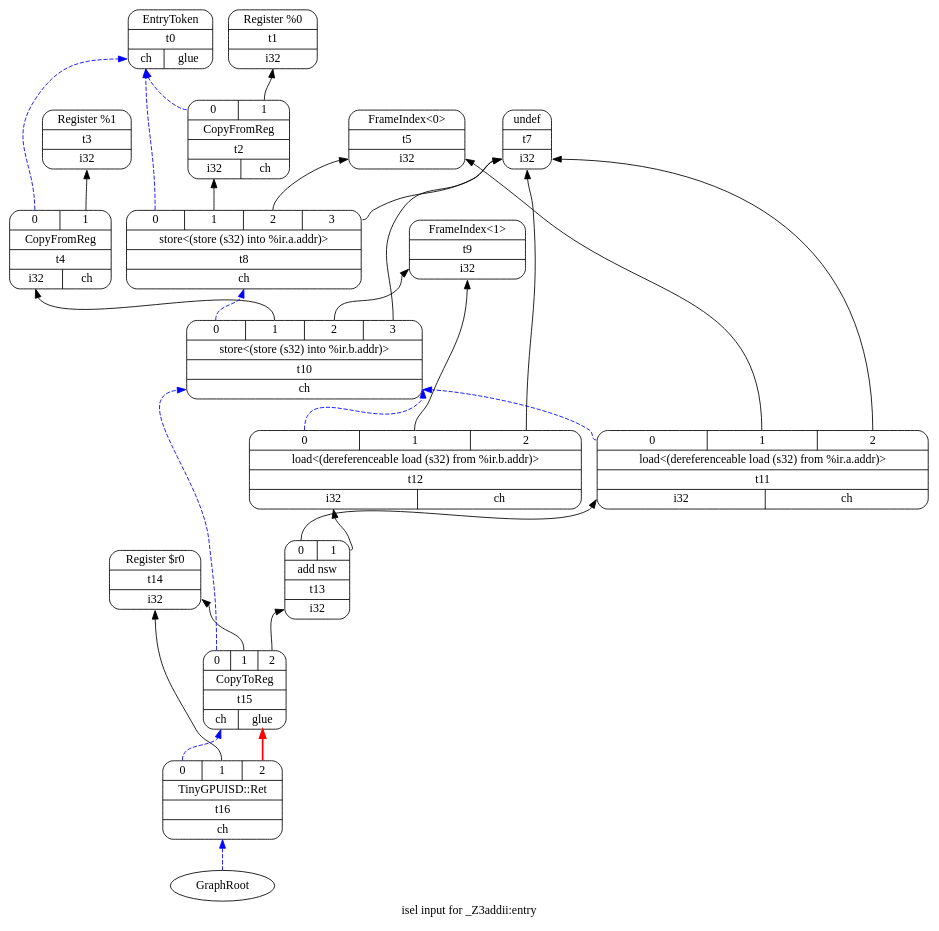
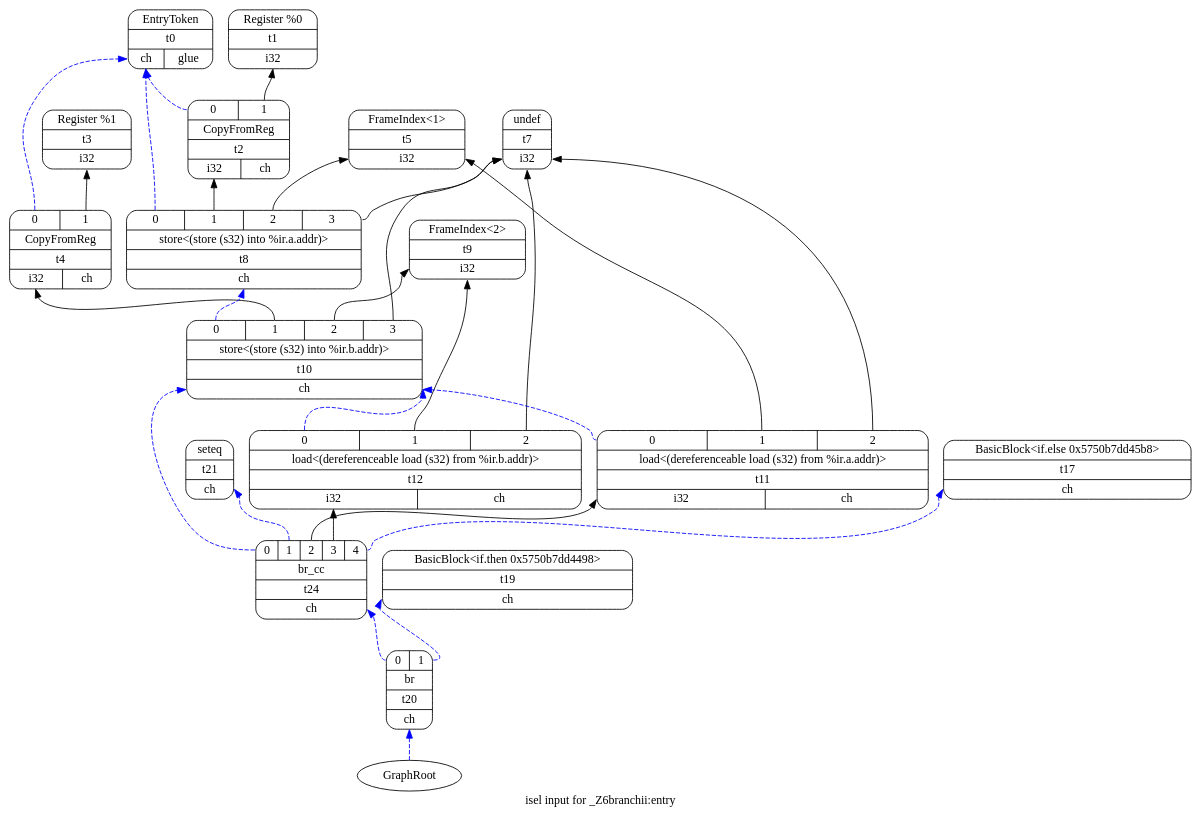
The diagram in temp.dot (ZaBarudo/tiny-gpu-lang-backend), drawn with Graphviz before and after one commit. The commit also changed 16 other files, not shown here.

```diff
--- a/temp.dot
+++ b/temp.dot
@@ -1,49 +1,49 @@
-digraph "isel input for _Z3addii:entry" {
+digraph "isel input for _Z6branchii:entry" {
 	rankdir="BT";
-	label="isel input for _Z3addii:entry";
+	label="isel input for _Z6branchii:entry";
 
-	Node0x5ecb7c2dd620 [shape=record,shape=Mrecord,label="{EntryToken|t0|{<d0>ch|<d1>glue}}"];
-	Node0x5ecb7c312470 [shape=record,shape=Mrecord,label="{Register %0|t1|{<d0>i32}}"];
-	Node0x5ecb7c312550 [shape=record,shape=Mrecord,label="{Register %1|t3|{<d0>i32}}"];
-	Node0x5ecb7c312630 [shape=record,shape=Mrecord,label="{FrameIndex\<0\>|t5|{<d0>i32}}"];
-	Node0x5ecb7c312710 [shape=record,shape=Mrecord,label="{undef|t7|{<d0>i32}}"];
-	Node0x5ecb7c3127f0 [shape=record,shape=Mrecord,label="{FrameIndex\<1\>|t9|{<d0>i32}}"];
-	Node0x5ecb7c312a20 [shape=record,shape=Mrecord,label="{Register $r0|t14|{<d0>i32}}"];
-	Node0x5ecb7c3124e0 [shape=record,shape=Mrecord,label="{{<s0>0|<s1>1}|CopyFromReg|t2|{<d0>i32|<d1>ch}}"];
-	Node0x5ecb7c3124e0:s0 -> Node0x5ecb7c2dd620:d0[color=blue,style=dashed];
-	Node0x5ecb7c3124e0:s1 -> Node0x5ecb7c312470:d0;
-	Node0x5ecb7c3125c0 [shape=record,shape=Mrecord,label="{{<s0>0|<s1>1}|CopyFromReg|t4|{<d0>i32|<d1>ch}}"];
-	Node0x5ecb7c3125c0:s0 -> Node0x5ecb7c2dd620:d0[color=blue,style=dashed];
-	Node0x5ecb7c3125c0:s1 -> Node0x5ecb7c312550:d0;
-	Node0x5ecb7c312780 [shape=record,shape=Mrecord,label="{{<s0>0|<s1>1|<s2>2|<s3>3}|store\<(store (s32) into %ir.a.addr)\>|t8|{<d0>ch}}"];
-	Node0x5ecb7c312780:s0 -> Node0x5ecb7c2dd620:d0[color=blue,style=dashed];
-	Node0x5ecb7c312780:s1 -> Node0x5ecb7c3124e0:d0;
-	Node0x5ecb7c312780:s2 -> Node0x5ecb7c312630:d0;
-	Node0x5ecb7c312780:s3 -> Node0x5ecb7c312710:d0;
-	Node0x5ecb7c312860 [shape=record,shape=Mrecord,label="{{<s0>0|<s1>1|<s2>2|<s3>3}|store\<(store (s32) into %ir.b.addr)\>|t10|{<d0>ch}}"];
-	Node0x5ecb7c312860:s0 -> Node0x5ecb7c312780:d0[color=blue,style=dashed];
-	Node0x5ecb7c312860:s1 -> Node0x5ecb7c3125c0:d0;
-	Node0x5ecb7c312860:s2 -> Node0x5ecb7c3127f0:d0;
-	Node0x5ecb7c312860:s3 -> Node0x5ecb7c312710:d0;
-	Node0x5ecb7c312940 [shape=record,shape=Mrecord,label="{{<s0>0|<s1>1|<s2>2}|load\<(dereferenceable load (s32) from %ir.b.addr)\>|t12|{<d0>i32|<d1>ch}}"];
-	Node0x5ecb7c312940:s0 -> Node0x5ecb7c312860:d0[color=blue,style=dashed];
-	Node0x5ecb7c312940:s1 -> Node0x5ecb7c3127f0:d0;
-	Node0x5ecb7c312940:s2 -> Node0x5ecb7c312710:d0;
-	Node0x5ecb7c3128d0 [shape=record,shape=Mrecord,label="{{<s0>0|<s1>1|<s2>2}|load\<(dereferenceable load (s32) from %ir.a.addr)\>|t11|{<d0>i32|<d1>ch}}"];
-	Node0x5ecb7c3128d0:s0 -> Node0x5ecb7c312860:d0[color=blue,style=dashed];
-	Node0x5ecb7c3128d0:s1 -> Node0x5ecb7c312630:d0;
-	Node0x5ecb7c3128d0:s2 -> Node0x5ecb7c312710:d0;
-	Node0x5ecb7c3129b0 [shape=record,shape=Mrecord,label="{{<s0>0|<s1>1}|add nsw|t13|{<d0>i32}}"];
-	Node0x5ecb7c3129b0:s0 -> Node0x5ecb7c3128d0:d0;
-	Node0x5ecb7c3129b0:s1 -> Node0x5ecb7c312940:d0;
-	Node0x5ecb7c312a90 [shape=record,shape=Mrecord,label="{{<s0>0|<s1>1|<s2>2}|CopyToReg|t15|{<d0>ch|<d1>glue}}"];
-	Node0x5ecb7c312a90:s0 -> Node0x5ecb7c312860:d0[color=blue,style=dashed];
-	Node0x5ecb7c312a90:s1 -> Node0x5ecb7c312a20:d0;
-	Node0x5ecb7c312a90:s2 -> Node0x5ecb7c3129b0:d0;
-	Node0x5ecb7c312b00 [shape=record,shape=Mrecord,label="{{<s0>0|<s1>1|<s2>2}|TinyGPUISD::Ret|t16|{<d0>ch}}"];
-	Node0x5ecb7c312b00:s0 -> Node0x5ecb7c312a90:d0[color=blue,style=dashed];
-	Node0x5ecb7c312b00:s1 -> Node0x5ecb7c312a20:d0;
-	Node0x5ecb7c312b00:s2 -> Node0x5ecb7c312a90:d1[color=red,style=bold];
+	Node0x5750b7dba120 [shape=record,shape=Mrecord,label="{EntryToken|t0|{<d0>ch|<d1>glue}}"];
+	Node0x5750b7dd9f50 [shape=record,shape=Mrecord,label="{Register %0|t1|{<d0>i32}}"];
+	Node0x5750b7dda030 [shape=record,shape=Mrecord,label="{Register %1|t3|{<d0>i32}}"];
+	Node0x5750b7dda110 [shape=record,shape=Mrecord,label="{FrameIndex\<1\>|t5|{<d0>i32}}"];
+	Node0x5750b7dda1f0 [shape=record,shape=Mrecord,label="{undef|t7|{<d0>i32}}"];
+	Node0x5750b7dda2d0 [shape=record,shape=Mrecord,label="{FrameIndex\<2\>|t9|{<d0>i32}}"];
+	Node0x5750b7dda650 [shape=record,shape=Mrecord,label="{BasicBlock\<if.else 0x5750b7dd45b8\>|t17|{<d0>ch}}"];
+	Node0x5750b7dda730 [shape=record,shape=Mrecord,label="{BasicBlock\<if.then 0x5750b7dd4498\>|t19|{<d0>ch}}"];
+	Node0x5750b7dda180 [shape=record,shape=Mrecord,label="{seteq|t21|{<d0>ch}}"];
+	Node0x5750b7dd9fc0 [shape=record,shape=Mrecord,label="{{<s0>0|<s1>1}|CopyFromReg|t2|{<d0>i32|<d1>ch}}"];
+	Node0x5750b7dd9fc0:s0 -> Node0x5750b7dba120:d0[color=blue,style=dashed];
+	Node0x5750b7dd9fc0:s1 -> Node0x5750b7dd9f50:d0;
+	Node0x5750b7dda0a0 [shape=record,shape=Mrecord,label="{{<s0>0|<s1>1}|CopyFromReg|t4|{<d0>i32|<d1>ch}}"];
+	Node0x5750b7dda0a0:s0 -> Node0x5750b7dba120:d0[color=blue,style=dashed];
+	Node0x5750b7dda0a0:s1 -> Node0x5750b7dda030:d0;
+	Node0x5750b7dda260 [shape=record,shape=Mrecord,label="{{<s0>0|<s1>1|<s2>2|<s3>3}|store\<(store (s32) into %ir.a.addr)\>|t8|{<d0>ch}}"];
+	Node0x5750b7dda260:s0 -> Node0x5750b7dba120:d0[color=blue,style=dashed];
+	Node0x5750b7dda260:s1 -> Node0x5750b7dd9fc0:d0;
+	Node0x5750b7dda260:s2 -> Node0x5750b7dda110:d0;
+	Node0x5750b7dda260:s3 -> Node0x5750b7dda1f0:d0;
+	Node0x5750b7dda340 [shape=record,shape=Mrecord,label="{{<s0>0|<s1>1|<s2>2|<s3>3}|store\<(store (s32) into %ir.b.addr)\>|t10|{<d0>ch}}"];
+	Node0x5750b7dda340:s0 -> Node0x5750b7dda260:d0[color=blue,style=dashed];
+	Node0x5750b7dda340:s1 -> Node0x5750b7dda0a0:d0;
+	Node0x5750b7dda340:s2 -> Node0x5750b7dda2d0:d0;
+	Node0x5750b7dda340:s3 -> Node0x5750b7dda1f0:d0;
+	Node0x5750b7dda420 [shape=record,shape=Mrecord,label="{{<s0>0|<s1>1|<s2>2}|load\<(dereferenceable load (s32) from %ir.b.addr)\>|t12|{<d0>i32|<d1>ch}}"];
+	Node0x5750b7dda420:s0 -> Node0x5750b7dda340:d0[color=blue,style=dashed];
+	Node0x5750b7dda420:s1 -> Node0x5750b7dda2d0:d0;
+	Node0x5750b7dda420:s2 -> Node0x5750b7dda1f0:d0;
+	Node0x5750b7dda3b0 [shape=record,shape=Mrecord,label="{{<s0>0|<s1>1|<s2>2}|load\<(dereferenceable load (s32) from %ir.a.addr)\>|t11|{<d0>i32|<d1>ch}}"];
+	Node0x5750b7dda3b0:s0 -> Node0x5750b7dda340:d0[color=blue,style=dashed];
+	Node0x5750b7dda3b0:s1 -> Node0x5750b7dda110:d0;
+	Node0x5750b7dda3b0:s2 -> Node0x5750b7dda1f0:d0;
+	Node0x5750b7dda490 [shape=record,shape=Mrecord,label="{{<s0>0|<s1>1|<s2>2|<s3>3|<s4>4}|br_cc|t24|{<d0>ch}}"];
+	Node0x5750b7dda490:s0 -> Node0x5750b7dda340:d0[color=blue,style=dashed];
+	Node0x5750b7dda490:s1 -> Node0x5750b7dda180:d0[color=blue,style=dashed];
+	Node0x5750b7dda490:s2 -> Node0x5750b7dda3b0:d0;
+	Node0x5750b7dda490:s3 -> Node0x5750b7dda420:d0;
+	Node0x5750b7dda490:s4 -> Node0x5750b7dda650:d0[color=blue,style=dashed];
+	Node0x5750b7dda7a0 [shape=record,shape=Mrecord,label="{{<s0>0|<s1>1}|br|t20|{<d0>ch}}"];
+	Node0x5750b7dda7a0:s0 -> Node0x5750b7dda490:d0[color=blue,style=dashed];
+	Node0x5750b7dda7a0:s1 -> Node0x5750b7dda730:d0[color=blue,style=dashed];
 	Node0x0[ plaintext=circle, label ="GraphRoot"];
-	Node0x0 -> Node0x5ecb7c312b00:d0[color=blue,style=dashed];
+	Node0x0 -> Node0x5750b7dda7a0:d0[color=blue,style=dashed];
 }
```
